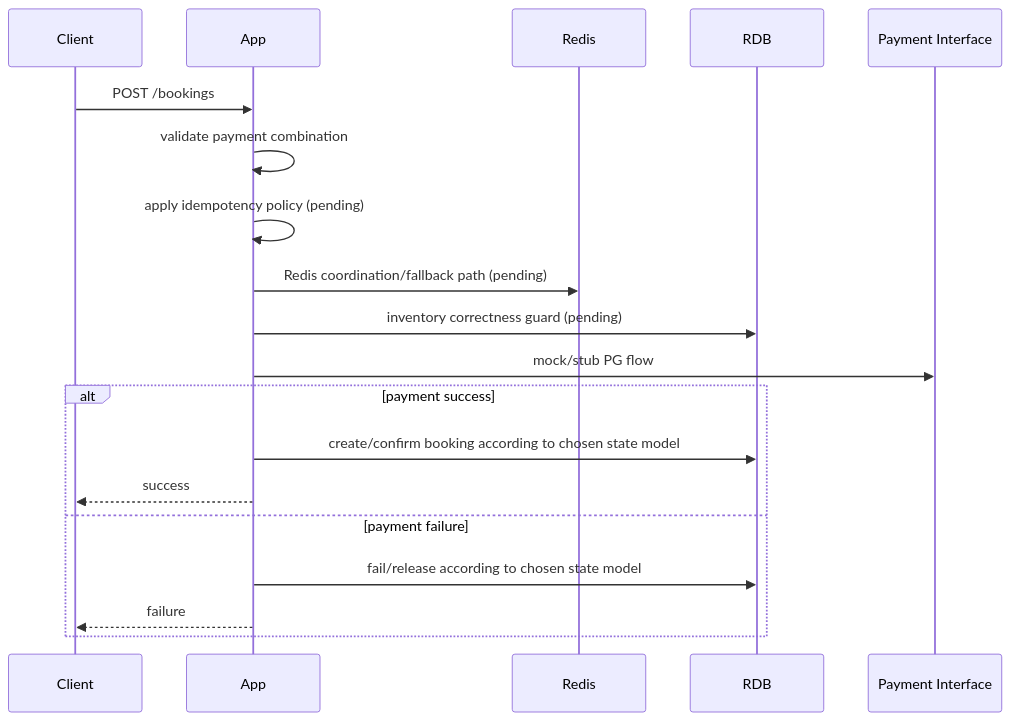
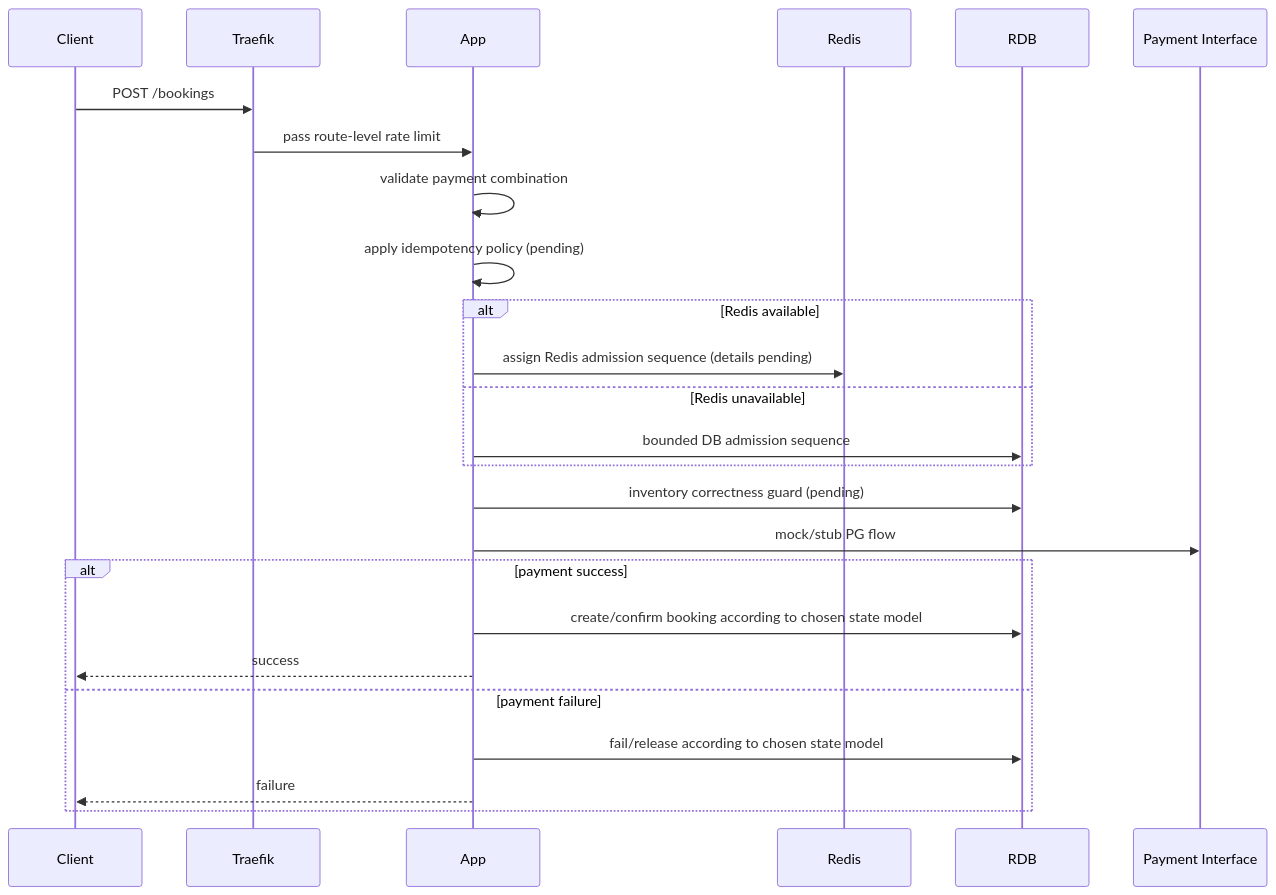
Before and after one commit to lsh1215/peak-booking-system: the fourth of 5 diagrams in docs/system-design/sdd.md, drawn with Mermaid. The commit also changed other lines of this file and 5 other files, not shown here.

First line of the commit message:
Record admission and fallback design decisions

````diff
--- a/docs/system-design/sdd.md
+++ b/docs/system-design/sdd.md
@@ -243,22 +258,28 @@
 ```mermaid
 sequenceDiagram
     participant C as Client
+    participant T as Traefik
     participant A as App
     participant R as Redis
     participant D as RDB
     participant P as Payment Interface
 
-    C->>A: POST /bookings
+    C->>T: POST /bookings
+    T->>A: pass route-level rate limit
     A->>A: validate payment combination
     A->>A: apply idempotency policy (pending)
-    A->>R: Redis coordination/fallback path (pending)
+    alt Redis available
+        A->>R: assign Redis admission sequence (details pending)
+    else Redis unavailable
+        A->>D: bounded DB admission sequence
+    end
     A->>D: inventory correctness guard (pending)
     A->>P: mock/stub PG flow
     alt payment success
         A->>D: create/confirm booking according to chosen state model
         A-->>C: success
     else payment failure
         A->>D: fail/release according to chosen state model
         A-->>C: failure
     end
 ```
````
